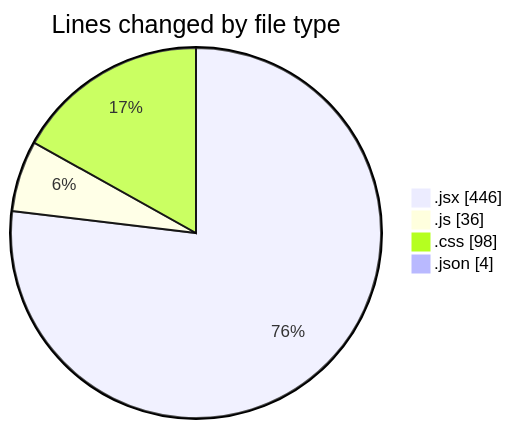
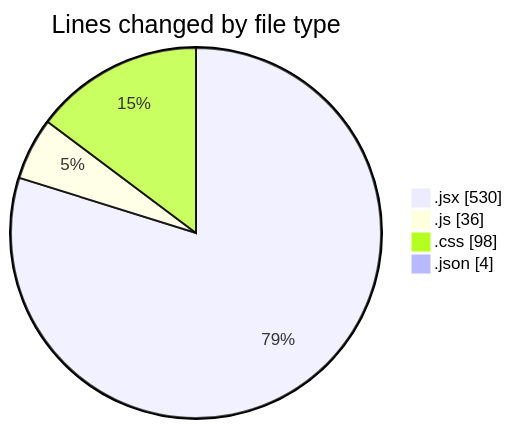
Before and after one commit to Elitesun/code-tracking: the first of 2 diagrams in 2025-03-09/elitesgpt/README.md, drawn with Mermaid. The commit also changed other lines of this file and 1 other file, not shown here.

````diff
--- a/2025-03-09/elitesgpt/README.md
+++ b/2025-03-09/elitesgpt/README.md
@@ -26,8 +27,8 @@
 ```mermaid
 pie showData
 title Lines changed by file type
-".jsx" : 446
+".jsx" : 530
 ".js" : 36
 ".css" : 98
 ".json" : 4
 ```
````
